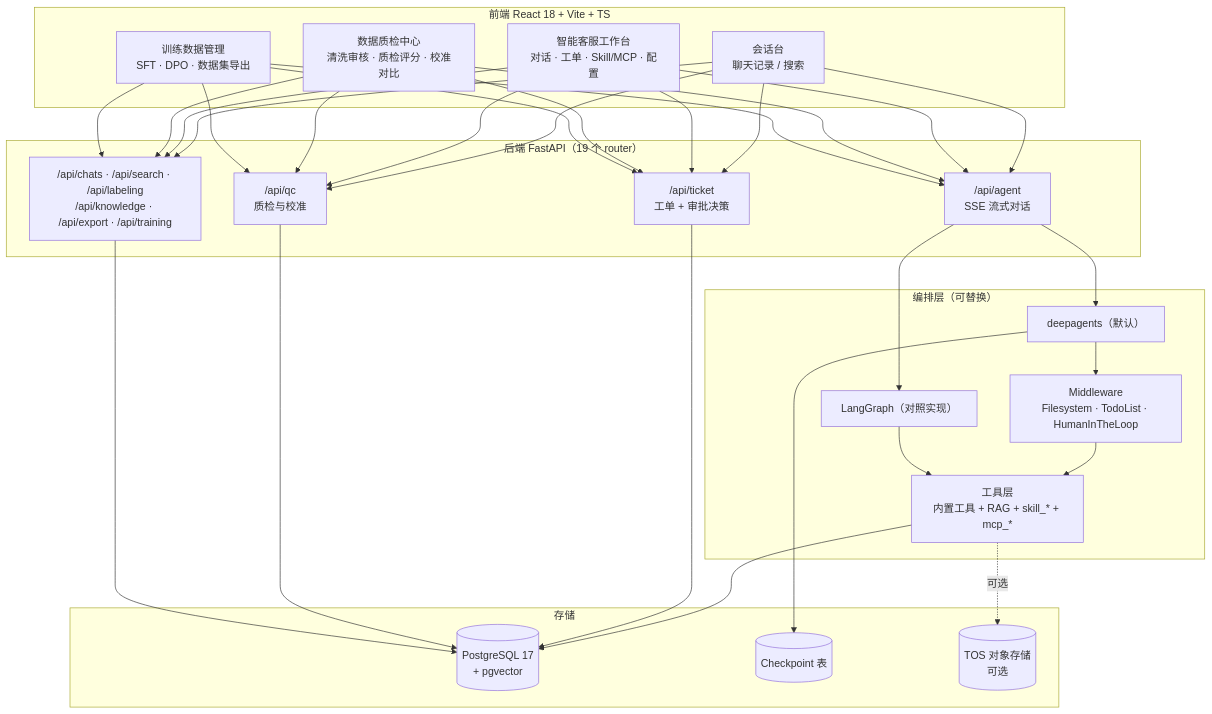
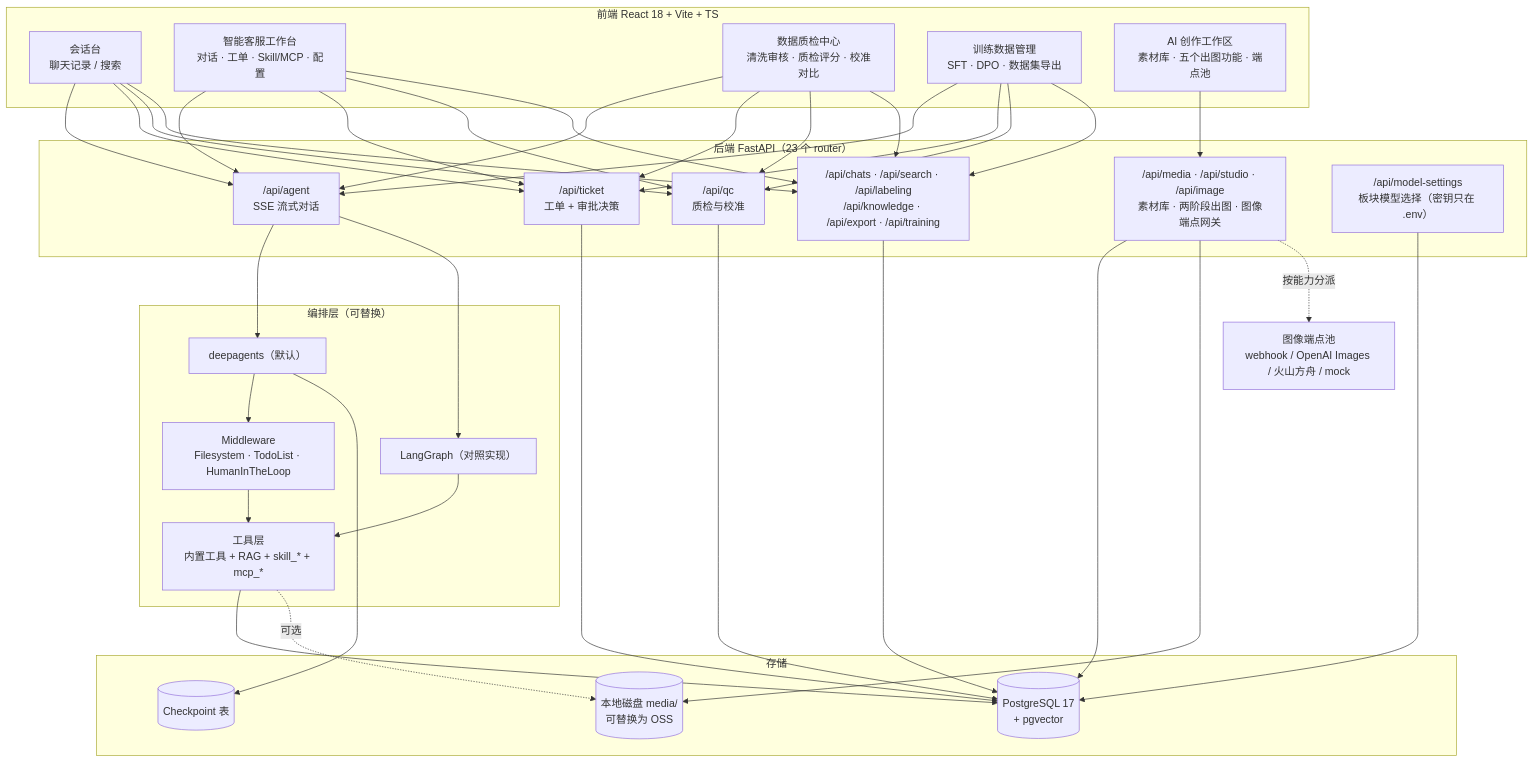
Before and after one commit to clearwind-tse/cs-agent: the diagram in README.md, drawn with Mermaid. The commit also changed other lines of this file and 99 other files, not shown here.

First line of the commit message:
feat(studio): 落地 AI 创作工作区与图像端点网关

````diff
--- a/README.md
+++ b/README.md
@@ -131,38 +200,46 @@
 ```mermaid
 flowchart TB
     subgraph FE["前端 React 18 + Vite + TS"]
         W1["会话台<br/>聊天记录 / 搜索"]
         W2["智能客服工作台<br/>对话 · 工单 · Skill/MCP · 配置"]
         W3["数据质检中心<br/>清洗审核 · 质检评分 · 校准对比"]
         W4["训练数据管理<br/>SFT · DPO · 数据集导出"]
+        W5["AI 创作工作区<br/>素材库 · 五个出图功能 · 端点池"]
     end
 
-    subgraph BE["后端 FastAPI（19 个 router）"]
+    subgraph BE["后端 FastAPI（23 个 router）"]
         A1["/api/agent<br/>SSE 流式对话"]
         A2["/api/ticket<br/>工单 + 审批决策"]
         A3["/api/qc<br/>质检与校准"]
         A4["/api/chats · /api/search · /api/labeling<br/>/api/knowledge · /api/export · /api/training"]
+        A5["/api/media · /api/studio · /api/image<br/>素材库 · 两阶段出图 · 图像端点网关"]
+        A6["/api/model-settings<br/>板块模型选择（密钥只在 .env）"]
     end
 
     subgraph ORCH["编排层（可替换）"]
         E1["deepagents（默认）"]
         E2["LangGraph（对照实现）"]
         M1["Middleware<br/>Filesystem · TodoList · HumanInTheLoop"]
         T1["工具层<br/>内置工具 + RAG + skill_* + mcp_*"]
     end
 
     subgraph DATA["存储"]
         D1[("PostgreSQL 17<br/>+ pgvector")]
         D2[("Checkpoint 表")]
-        D3[("TOS 对象存储<br/>可选")]
+        D3[("本地磁盘 media/<br/>可替换为 OSS")]
     end
 
     W1 & W2 & W3 & W4 --> A1 & A2 & A3 & A4
+    W5 --> A5
     A1 --> E1 & E2
     E1 --> M1 --> T1
     E2 --> T1
     E1 --> D2
     T1 --> D1
     A2 & A3 & A4 --> D1
+    A5 --> D1
+    A5 --> D3
+    A6 --> D1
+    A5 -.按能力分派.-> G1["图像端点池<br/>webhook / OpenAI Images / 火山方舟 / mock"]
     T1 -.可选.-> D3
 ```
````
